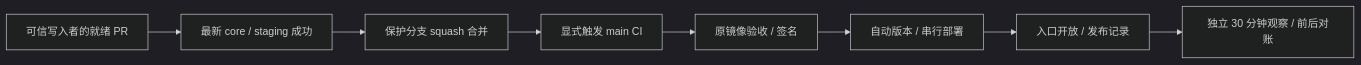
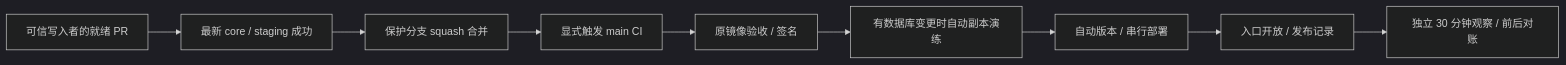
Before and after one commit to Jin070810/miaomiaojianjituan: the diagram in docs/AUTOMATIC-RELEASE.md, drawn with Mermaid (dark theme). The commit also changed other lines of this file and 5 other files, not shown here.

Commit message:
Gate automatic releases on changed-schema copy rehearsal

````diff
--- a/docs/AUTOMATIC-RELEASE.md
+++ b/docs/AUTOMATIC-RELEASE.md
@@ -7,10 +7,11 @@
 ```mermaid
 flowchart LR
   A[可信写入者的就绪 PR] --> B[最新 core / staging 成功]
   B --> C[保护分支 squash 合并]
   C --> D[显式触发 main CI]
   D --> E[原镜像验收 / 签名]
-  E --> F[自动版本 / 串行部署]
+  E --> I[有数据库变更时自动副本演练]
+  I --> F[自动版本 / 串行部署]
   F --> G[入口开放 / 发布记录]
   G --> H[独立 30 分钟观察 / 前后对账]
 ```
````
